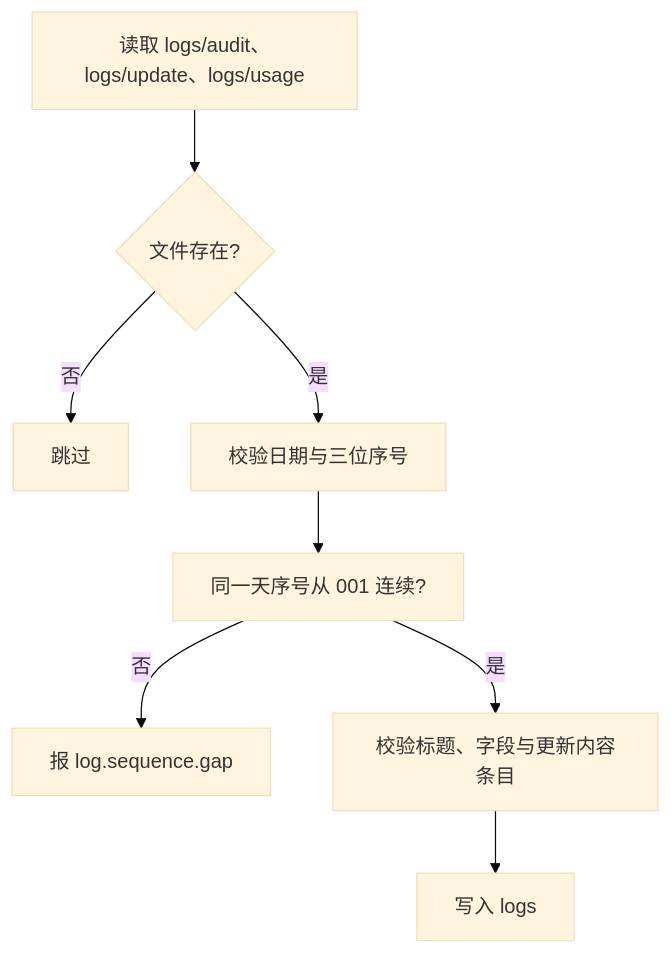
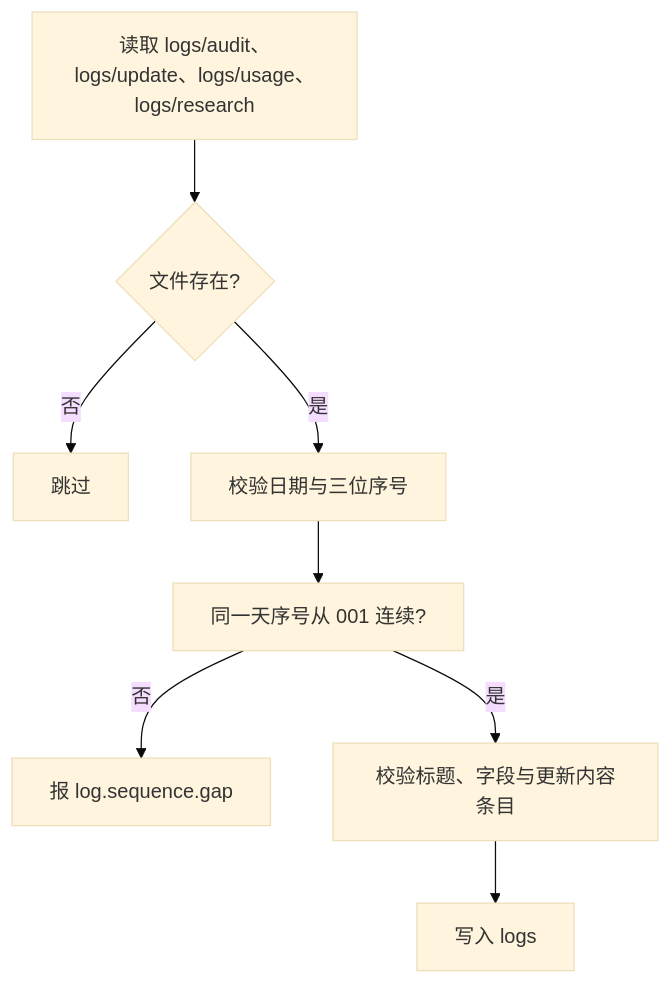
One commit to Cangjier/coder changed the seventh of 16 diagrams in .coder/design/flow.md. Above: the diagram before and after it, drawn with Mermaid (base theme). The commit also changed other lines of this file and 13 other files, not shown here.

Commit message:
feat: 增加竞品调研日志 logs/research

````diff
--- a/.coder/design/flow.md
+++ b/.coder/design/flow.md
@@ -93,10 +93,10 @@
 ```mermaid
 flowchart TD
-  A[读取 logs/audit、logs/update、logs/usage] --> B{文件存在?}
+  A[读取 logs/audit、logs/update、logs/usage、logs/research] --> B{文件存在?}
   B -- 否 --> C[跳过]
   B -- 是 --> D[校验日期与三位序号]
   D --> E[同一天序号从 001 连续?]
   E -- 否 --> F[报 log.sequence.gap]
   E -- 是 --> G[校验标题、字段与更新内容条目]
   G --> H[写入 logs]
 ```
````
